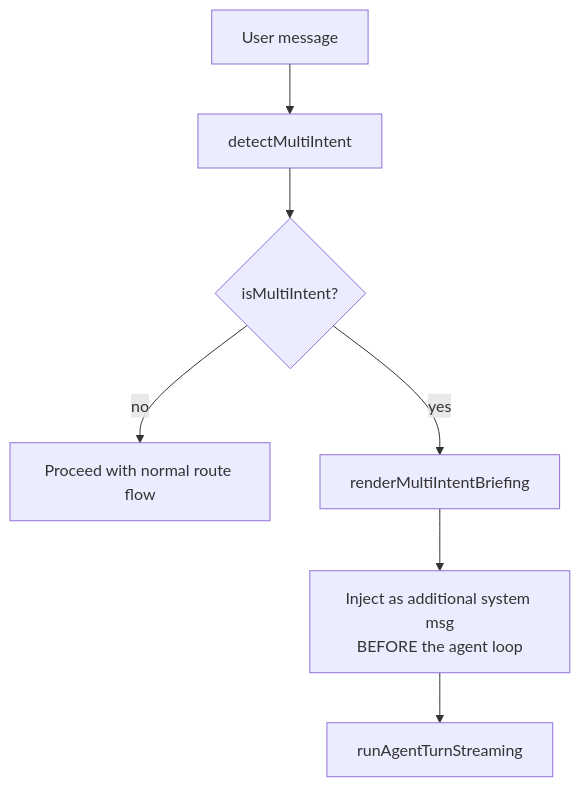
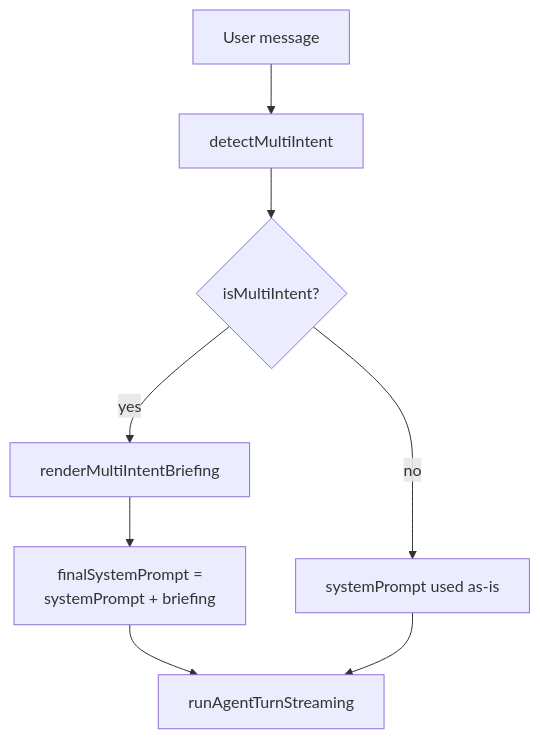
One commit to EdoardoMongardi/NYU_Path changed the second of 2 diagrams in Docs/current-system/engine/multi-intent-detector.md. Above: the diagram before and after it, drawn with Mermaid. The commit also changed other lines of this file and 73 other files, not shown here.

````diff
--- a/Docs/current-system/engine/multi-intent-detector.md
+++ b/Docs/current-system/engine/multi-intent-detector.md
@@ -105,9 +111,10 @@
 ```mermaid
 flowchart TD
     MSG[User message] --> MID[detectMultiIntent]
     MID --> ISMI{isMultiIntent?}
-    ISMI -->|no| AS[Proceed with normal route flow]
+    ISMI -->|no| AS[systemPrompt used as-is]
     ISMI -->|yes| BRF[renderMultiIntentBriefing]
-    BRF --> INJ[Inject as additional system msg<br/>BEFORE the agent loop]
-    INJ --> AL[runAgentTurnStreaming]
+    BRF --> APP[finalSystemPrompt =<br/>systemPrompt + briefing]
+    APP --> AL[runAgentTurnStreaming]
+    AS --> AL
 ```
````
